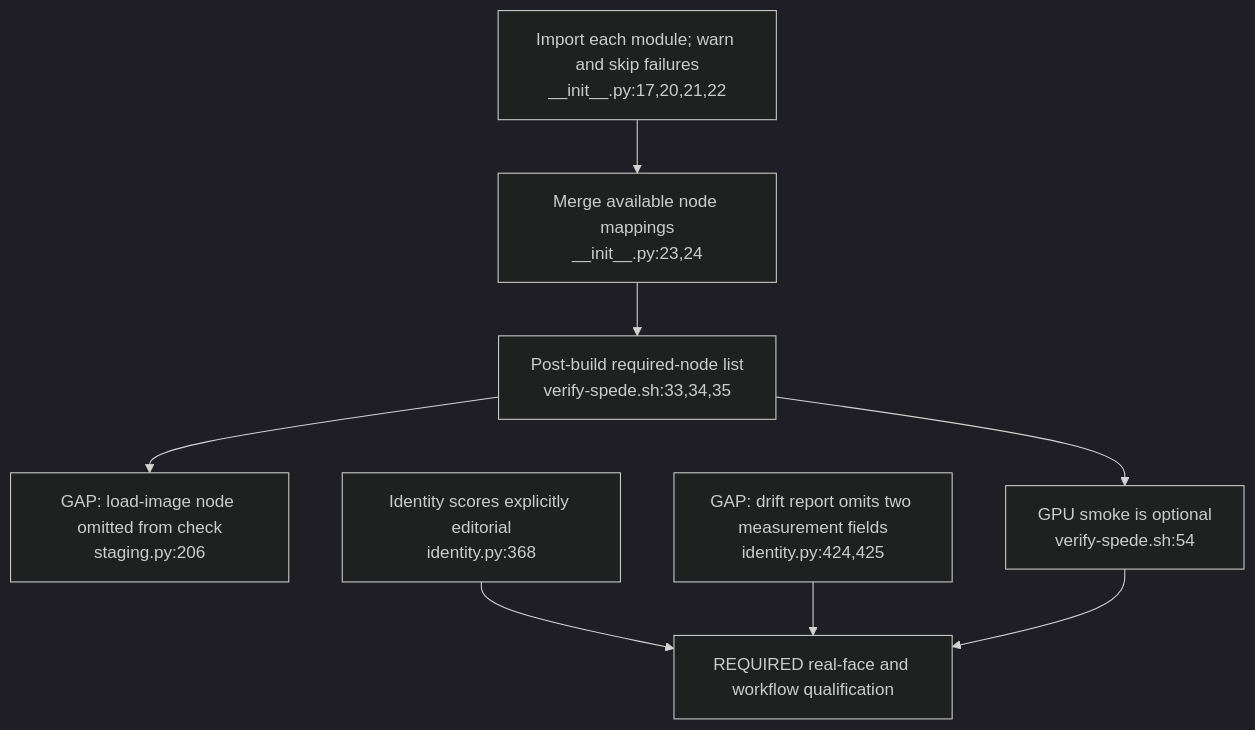
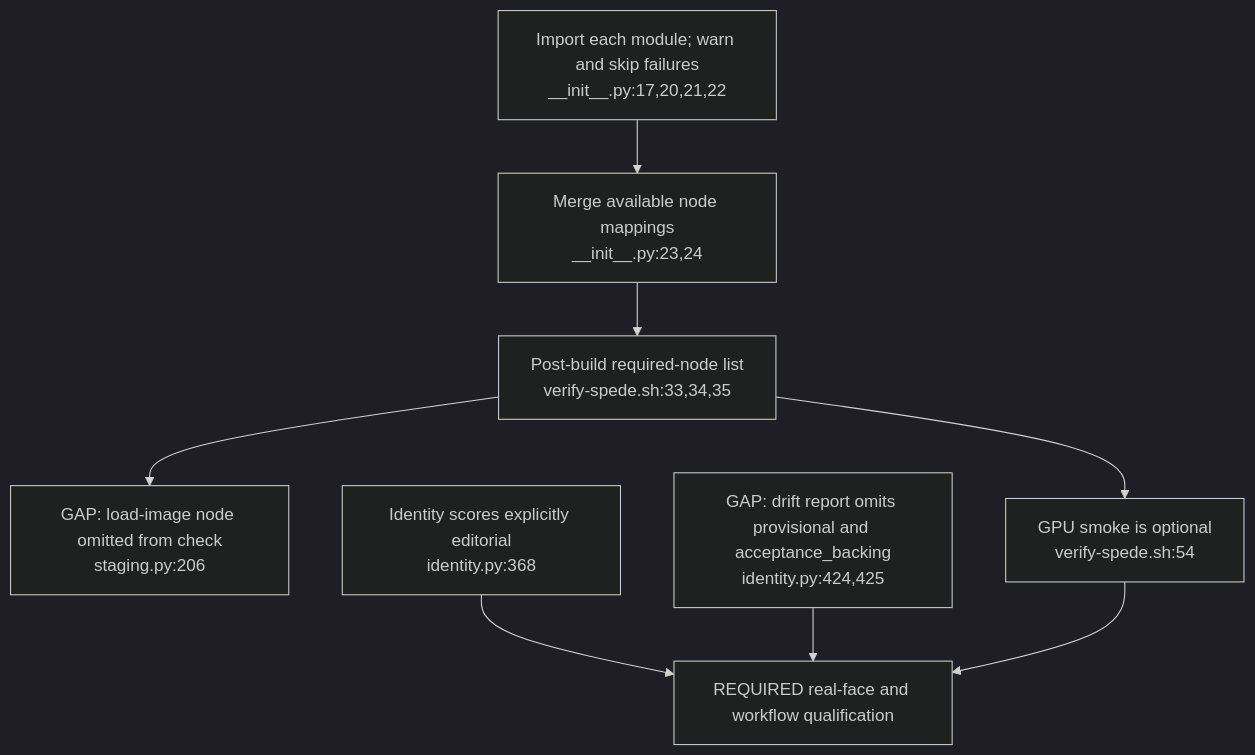
Before and after one commit to DreamLab-AI/VisionFlow: the fourth of 4 diagrams in docs/diagrams/agentbox/38-video-measurements-and-provider-boundaries.md, drawn with Mermaid (dark theme). The commit also changed other lines of this file and 173 other files, not shown here.

````diff
--- a/docs/diagrams/agentbox/38-video-measurements-and-provider-boundaries.md
+++ b/docs/diagrams/agentbox/38-video-measurements-and-provider-boundaries.md
@@ -79,10 +79,10 @@
 ```mermaid
 flowchart TD
     IMPORT["Import each module; warn and skip failures<br/>__init__.py:17,20,21,22"] --> MAP["Merge available node mappings<br/>__init__.py:23,24"]
     MAP --> CHECK["Post-build required-node list<br/>verify-spede.sh:33,34,35"]
     CHECK --> OMIT["GAP: load-image node omitted from check<br/>staging.py:206"]
     IDENTITY["Identity scores explicitly editorial<br/>identity.py:368"] --> REVIEW["REQUIRED real-face and workflow qualification"]
-    DRIFT["GAP: drift report omits two measurement fields<br/>identity.py:424,425"] --> REVIEW
+    DRIFT["GAP: drift report omits provisional and acceptance_backing<br/>identity.py:424,425"] --> REVIEW
     CHECK --> GPU["GPU smoke is optional<br/>verify-spede.sh:54"]
     GPU --> REVIEW
 ```
````
